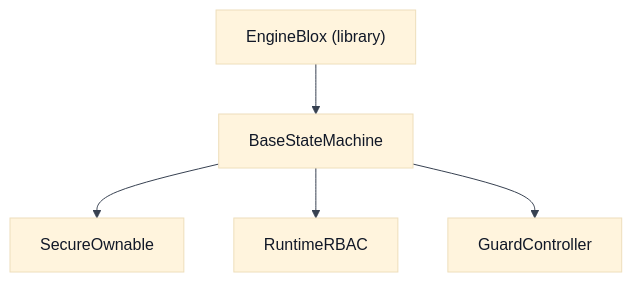
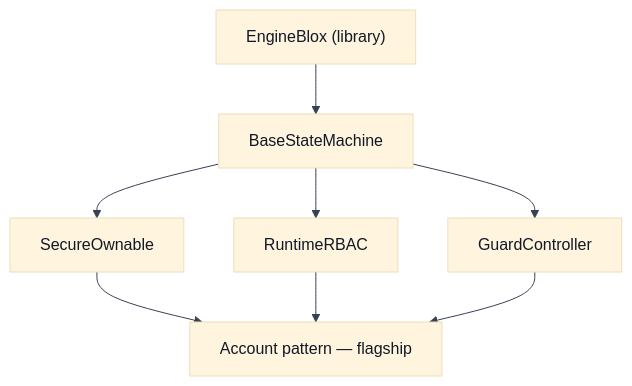
Before and after one commit to PracticalParticle/Bloxchain-Protocol: the diagram in README.md, drawn with Mermaid. The commit also changed other lines of this file and 3 other files, not shown here.

````diff
--- a/README.md
+++ b/README.md
@@ -129,13 +119,17 @@
 ```mermaid
 %%{init: {'theme': 'base', 'themeVariables': {'primaryTextColor': '#111827', 'lineColor': '#374151'}}}%%
 graph TB
   EB["EngineBlox (library)"]
   BSM["BaseStateMachine"]
   SO["SecureOwnable"]
   RBAC["RuntimeRBAC"]
   GC["GuardController"]
+  ACC["Account pattern — flagship"]
   EB --> BSM
   BSM --> SO
   BSM --> RBAC
   BSM --> GC
+  SO --> ACC
+  RBAC --> ACC
+  GC --> ACC
 ```
````
